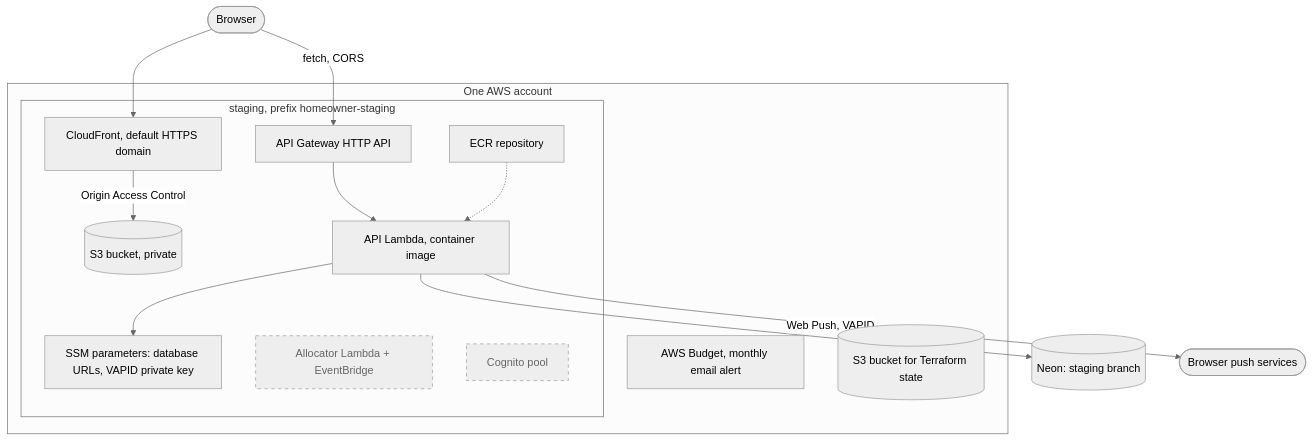
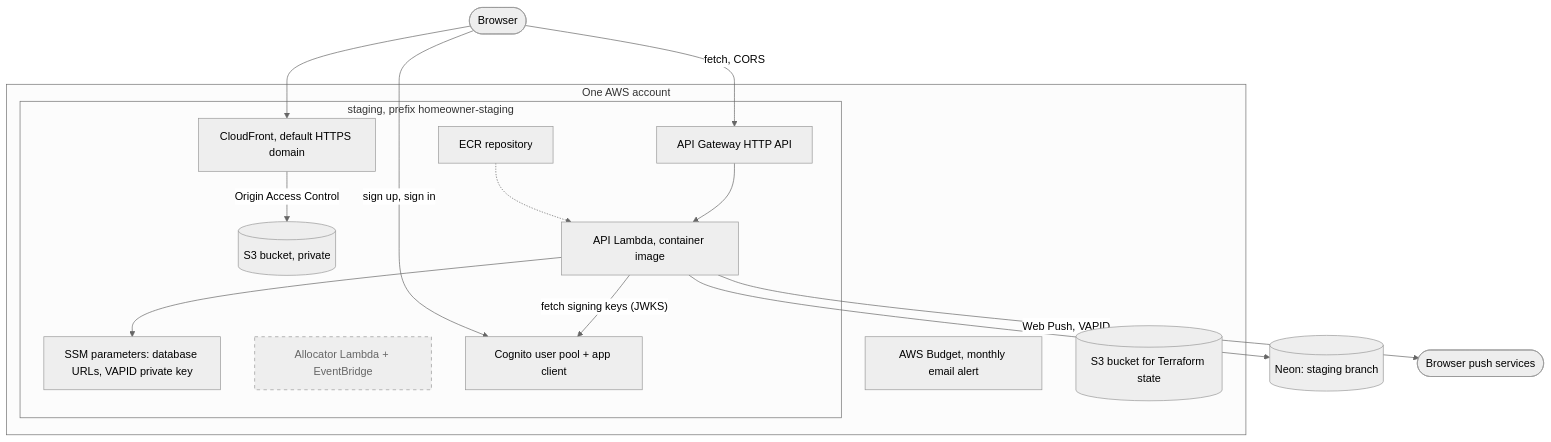
The first of 2 diagrams in docs/architecture/infrastructure.md (AbnerWillclefy/Homeowner), drawn with Mermaid (neutral theme) before and after one commit. The commit also changed other lines of this file and 3 other files, not shown here.

Commit message:
docs(architecture): describe sign-in, the users table and the auth module

````diff
--- a/docs/architecture/infrastructure.md
+++ b/docs/architecture/infrastructure.md
@@ -15,28 +15,30 @@
 ```mermaid
 flowchart TB
     user(["Browser"])
     subgraph aws["One AWS account"]
       subgraph stg["staging, prefix homeowner-staging"]
         cf["CloudFront, default HTTPS domain"]
         s3[("S3 bucket, private")]
         apigw["API Gateway HTTP API"]
         fn["API Lambda, container image"]
         ecr["ECR repository"]
         ssm["SSM parameters: database URLs, VAPID private key"]
         alloc["Allocator Lambda + EventBridge"]:::p
-        cog["Cognito pool"]:::p
+        cog["Cognito user pool + app client"]
       end
       bud["AWS Budget, monthly email alert"]
       tf[("S3 bucket for Terraform state")]
     end
     neon[("Neon: staging branch")]
     user --> cf
     cf -- "Origin Access Control" --> s3
     user -- "fetch, CORS" --> apigw
     apigw --> fn
     ecr -.-> fn
     fn --> ssm
     fn --> neon
     fn -- "Web Push, VAPID" --> push(["Browser push services"])
+    fn -- "fetch signing keys (JWKS)" --> cog
+    user -- "sign up, sign in" --> cog
     classDef p stroke-dasharray: 5 5,color:#666
 ```
````
